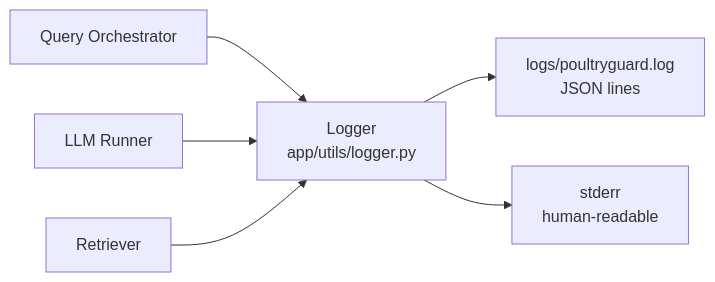
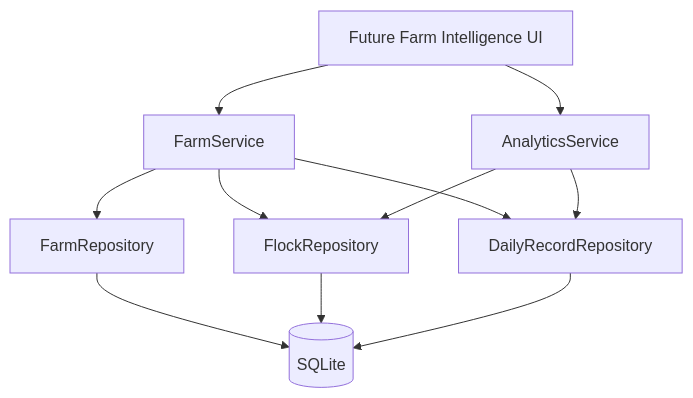
The third of 3 diagrams in docs/architecture/data_flow.md (zulyadainimuhammad/poultryguard-ai), drawn with Mermaid before and after one commit. The commit also changed other lines of this file, not shown here.

Commit message:
docs: document current knowledge and farm data flows

````diff
--- a/docs/architecture/data_flow.md
+++ b/docs/architecture/data_flow.md
@@ -158,8 +54,13 @@
 ```mermaid
-flowchart LR
-    A[Query Orchestrator] --> B[Logger\napp/utils/logger.py]
-    C[LLM Runner] --> B
-    D[Retriever] --> B
-    B --> E[logs/poultryguard.log\nJSON lines]
-    B --> F[stderr\nhuman-readable]
+flowchart TD
+    UI[Future Farm Intelligence UI] --> FS[FarmService]
+    UI --> AS[AnalyticsService]
+    FS --> FR[FarmRepository]
+    FS --> FL[FlockRepository]
+    FS --> DR[DailyRecordRepository]
+    AS --> FL
+    AS --> DR
+    FR --> DB[(SQLite)]
+    FL --> DB
+    DR --> DB
 ```
````
